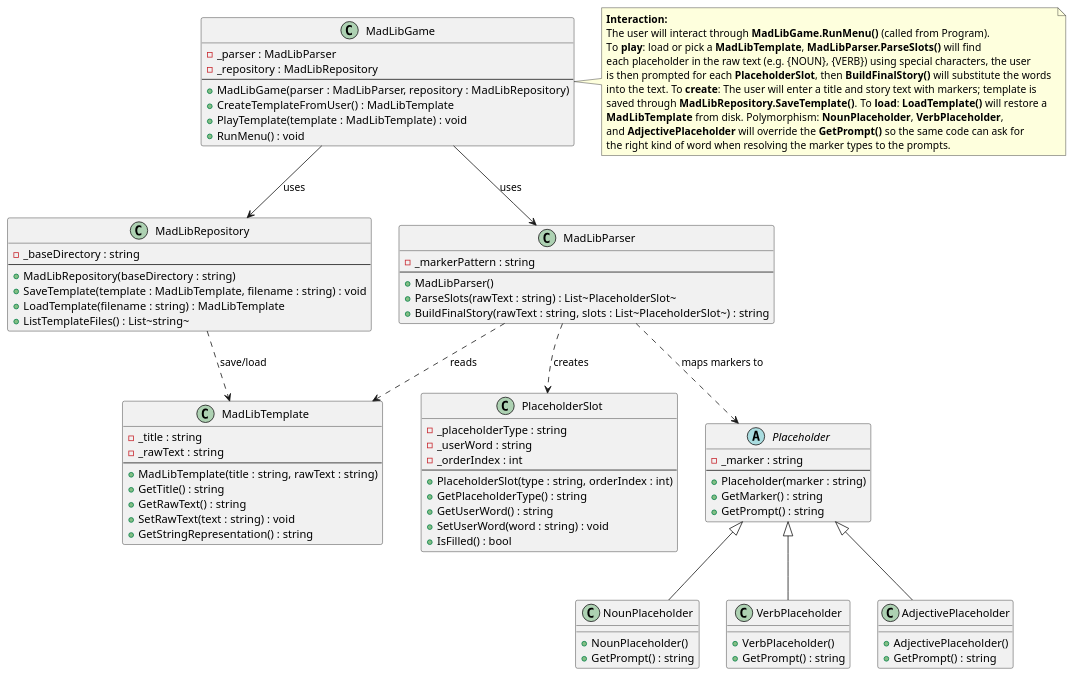
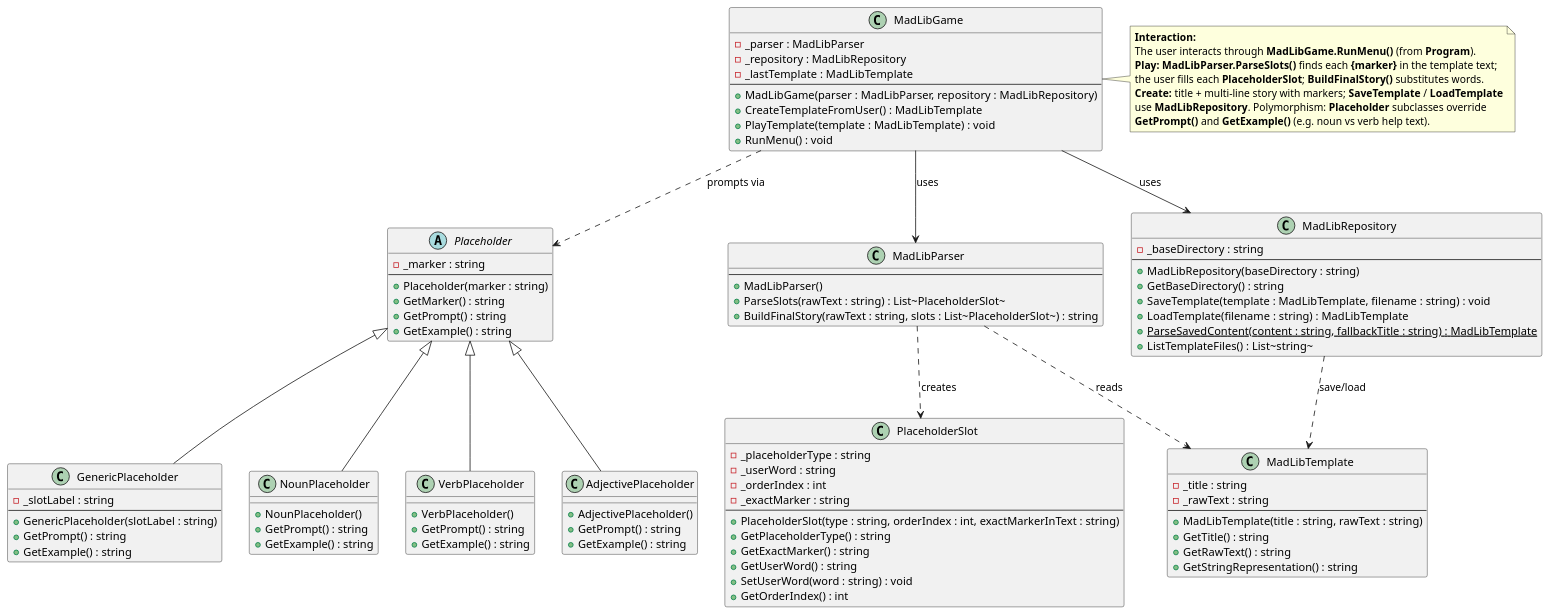
One commit to lukecc25/cse210-projects changed the diagram in final/FinalProject/diagram.puml. Above: the diagram before and after it, drawn with PlantUML. The commit also changed 11 other files, not shown here.

Commit message:
I finished filling in the code for the classes needed to make the madlib run. I also added in a feature for the user to type in an example or ? if they forget what a noun, verb, etc.. aand the code will give them a few examples of it as well as a quick deffinition.

```diff
--- a/final/FinalProject/diagram.puml
+++ b/final/FinalProject/diagram.puml
@@ -1,111 +1,124 @@
-@startuml Final Project - Mad Libs (W11 Designer)
+@startuml Final Project - Mad Libs
 '----------------------------------------------------------
 ' Open-ended Final Project: Mad Libs creator/player
 ' PlantUML class diagram. Naming: PascalCase classes/methods,
 ' _camelCase attributes.
 '----------------------------------------------------------
 
 abstract class Placeholder {
   - _marker : string
   --
   + Placeholder(marker : string)
   + GetMarker() : string
   + GetPrompt() : string
+  + GetExample() : string
 }
 
 class NounPlaceholder {
   + NounPlaceholder()
   + GetPrompt() : string
+  + GetExample() : string
 }
 
 class VerbPlaceholder {
   + VerbPlaceholder()
   + GetPrompt() : string
+  + GetExample() : string
 }
 
 class AdjectivePlaceholder {
   + AdjectivePlaceholder()
   + GetPrompt() : string
+  + GetExample() : string
+}
+
+class GenericPlaceholder {
+  - _slotLabel : string
+  --
+  + GenericPlaceholder(slotLabel : string)
+  + GetPrompt() : string
+  + GetExample() : string
 }
 
 Placeholder <|-- NounPlaceholder
 Placeholder <|-- VerbPlaceholder
 Placeholder <|-- AdjectivePlaceholder
+Placeholder <|-- GenericPlaceholder
 
 class MadLibTemplate {
   - _title : string
   - _rawText : string
   --
   + MadLibTemplate(title : string, rawText : string)
   + GetTitle() : string
   + GetRawText() : string
-  + SetRawText(text : string) : void
   + GetStringRepresentation() : string
 }
 
 class PlaceholderSlot {
   - _placeholderType : string
   - _userWord : string
   - _orderIndex : int
+  - _exactMarker : string
   --
-  + PlaceholderSlot(type : string, orderIndex : int)
+  + PlaceholderSlot(type : string, orderIndex : int, exactMarkerInText : string)
   + GetPlaceholderType() : string
+  + GetExactMarker() : string
   + GetUserWord() : string
   + SetUserWord(word : string) : void
-  + IsFilled() : bool
+  + GetOrderIndex() : int
 }
 
 class MadLibParser {
-  - _markerPattern : string
   --
   + MadLibParser()
   + ParseSlots(rawText : string) : List~PlaceholderSlot~
   + BuildFinalStory(rawText : string, slots : List~PlaceholderSlot~) : string
 }
 
 class MadLibRepository {
   - _baseDirectory : string
   --
   + MadLibRepository(baseDirectory : string)
+  + GetBaseDirectory() : string
   + SaveTemplate(template : MadLibTemplate, filename : string) : void
   + LoadTemplate(filename : string) : MadLibTemplate
+  + {static} ParseSavedContent(content : string, fallbackTitle : string) : MadLibTemplate
   + ListTemplateFiles() : List~string~
 }
 
 class MadLibGame {
   - _parser : MadLibParser
   - _repository : MadLibRepository
+  - _lastTemplate : MadLibTemplate
   --
   + MadLibGame(parser : MadLibParser, repository : MadLibRepository)
   + CreateTemplateFromUser() : MadLibTemplate
   + PlayTemplate(template : MadLibTemplate) : void
   + RunMenu() : void
 }
 
 '----------------------------------------------------------
 ' Relationships (composition / usage)
 '----------------------------------------------------------
 MadLibGame --> MadLibParser : uses
 MadLibGame --> MadLibRepository : uses
 MadLibParser ..> PlaceholderSlot : creates
-MadLibParser ..> Placeholder : maps markers to
+MadLibGame ..> Placeholder : prompts via
 MadLibParser ..> MadLibTemplate : reads
 MadLibRepository ..> MadLibTemplate : save/load
 
 '----------------------------------------------------------
 ' Interaction (how the design fits together)
 '----------------------------------------------------------
 note right of MadLibGame
   **Interaction:**
-  The user will interact through **MadLibGame.RunMenu()** (called from Program).
-  To **play**: load or pick a **MadLibTemplate**, **MadLibParser.ParseSlots()** will find
-  each placeholder in the raw text (e.g. {NOUN}, {VERB}) using special characters, the user 
-  is then prompted for each **PlaceholderSlot**, then **BuildFinalStory()** will substitute the words 
-  into the text. To **create**: The user will enter a title and story text with markers; template is 
-  saved through **MadLibRepository.SaveTemplate()**. To **load**: **LoadTemplate()** will restore a
-  **MadLibTemplate** from disk. Polymorphism: **NounPlaceholder**, **VerbPlaceholder**,
-  and **AdjectivePlaceholder** will override the **GetPrompt()** so the same code can ask for
-  the right kind of word when resolving the marker types to the prompts.
+  The user interacts through **MadLibGame.RunMenu()** (from **Program**).
+  **Play:** **MadLibParser.ParseSlots()** finds each **{marker}** in the template text;
+  the user fills each **PlaceholderSlot**; **BuildFinalStory()** substitutes words.
+  **Create:** title + multi-line story with markers; **SaveTemplate** / **LoadTemplate**
+  use **MadLibRepository**. Polymorphism: **Placeholder** subclasses override
+  **GetPrompt()** and **GetExample()** (e.g. noun vs verb help text).
 end note
 
 @enduml
```
